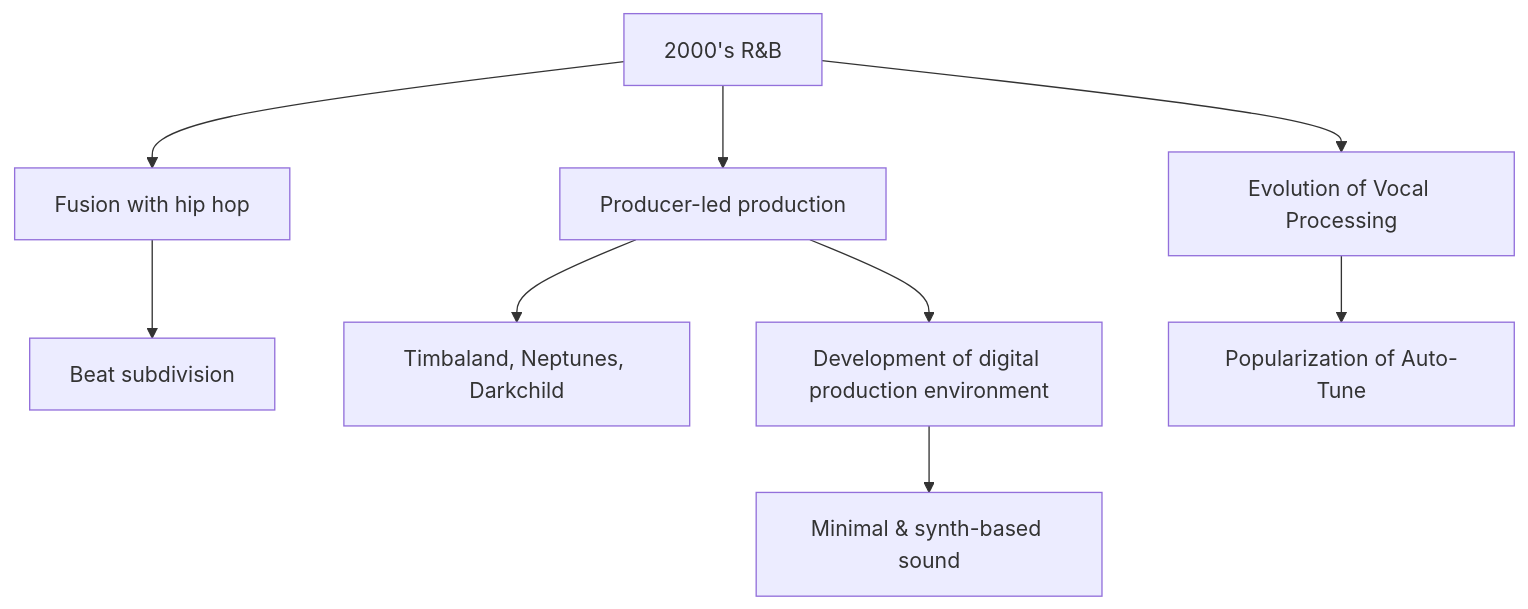
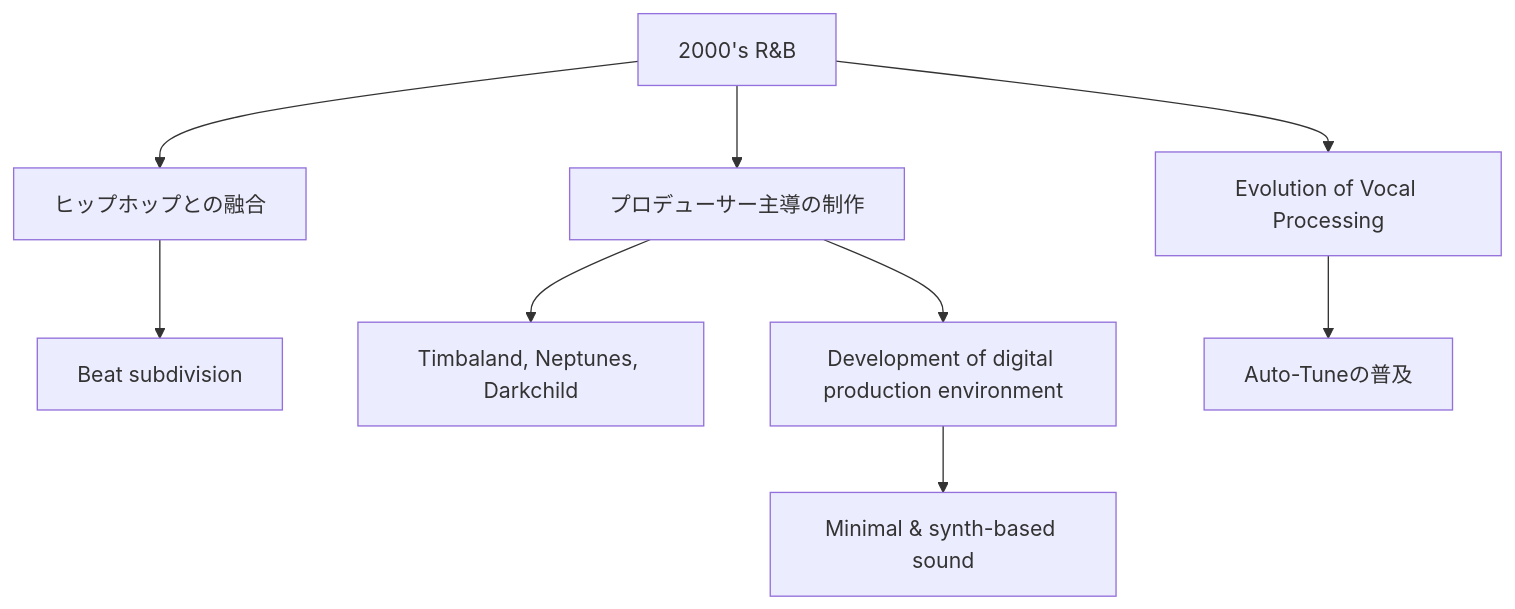
Before and after one commit to monumental-movement/monumental-movement.github.io: the second of 2 diagrams in en/_posts/2025-11-20-column-2000s-r-and-b.md, drawn with Mermaid. The commit also changed other lines of this file and 801 other files, not shown here.

```diff
--- a/en/_posts/2025-11-20-column-2000s-r-and-b.md
+++ b/en/_posts/2025-11-20-column-2000s-r-and-b.md
@@ -252,15 +252,15 @@
 <div class="mermaid">
 
 flowchart TD
 
-A["2000's R&B"] --> B["Fusion with hip hop"]
-A --> C["Producer-led production"]
+A["2000's R&B"] --> B["ヒップホップとの融合"]
+A --> C["プロデューサー主導の制作"]
 A --> D["Evolution of Vocal Processing"]
 B --> E["Beat subdivision"]
 C --> F["Timbaland, Neptunes, Darkchild"]
-D --> G["Popularization of Auto-Tune"]
+D --> G["Auto-Tuneの普及"]
 C --> H["Development of digital production environment"]
 H --> I["Minimal & synth-based sound"]
 
 
 </div>
```
